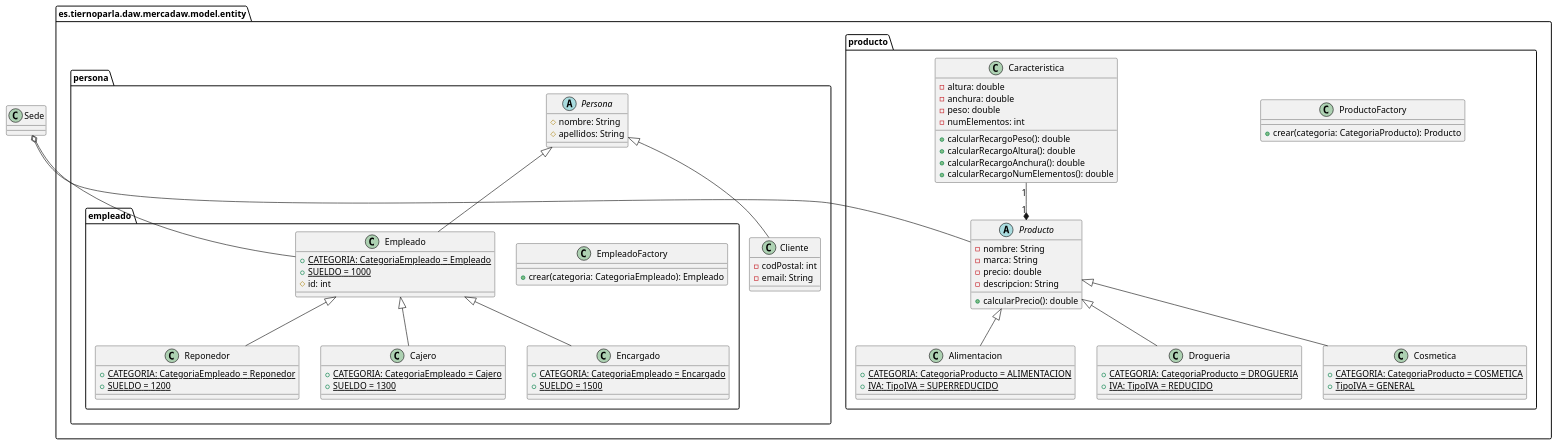
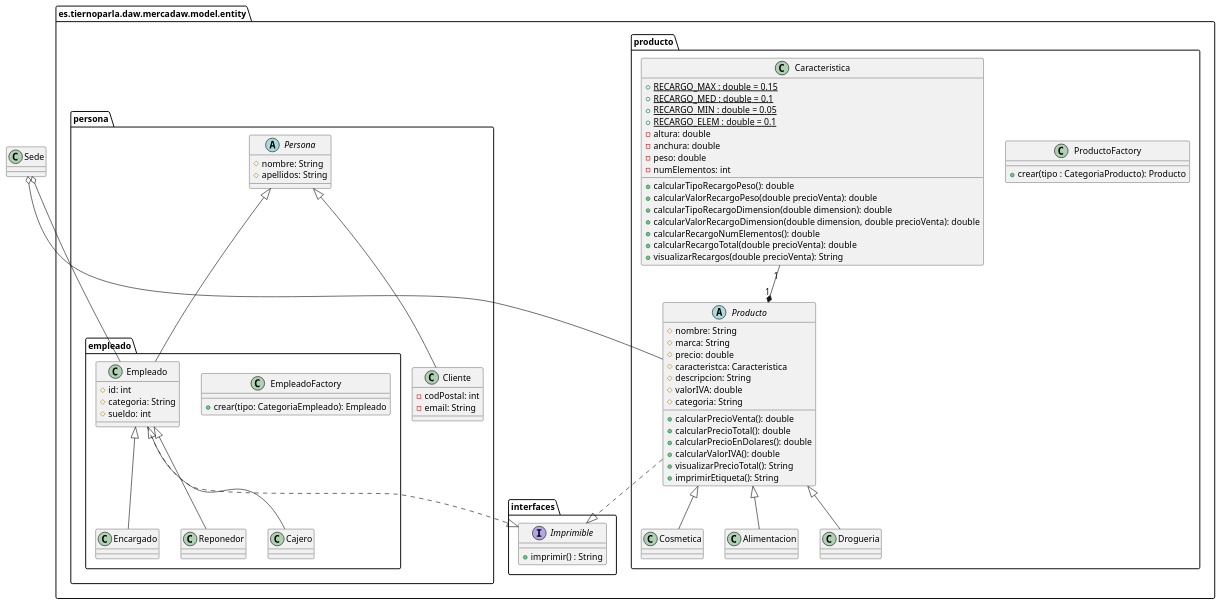
Before and after one commit to adrils16/MercaDawFinal: the diagram in design/Diagramas/Clases/DiagramaClasesEntity.pu, drawn with PlantUML. The commit also changed 8 other files, not shown here.

Commit message:
Terminada clase Empleado y derivadas, modificado el Diagrama de entity

```diff
--- a/design/Diagramas/Clases/DiagramaClasesEntity.pu
+++ b/design/Diagramas/Clases/DiagramaClasesEntity.pu
@@ -1,108 +1,132 @@
 @startuml Entity
 set namespaceSeparator none
 allow_mixing
 
 package es.tiernoparla.daw.mercadaw.model.entity {
 
+    package interfaces {
+
+        interface Imprimible {
+            +imprimir() : String
+        }
+
+    }
+
     package producto {
         class ProductoFactory {
-            +crear(categoria: CategoriaProducto): Producto
+            +crear(tipo : CategoriaProducto): Producto
         }
 
         class Caracteristica {
+            + RECARGO_MAX : double = 0.15 {static}
+            + RECARGO_MED : double = 0.1 {static}
+            + RECARGO_MIN : double = 0.05 {static}
+            + RECARGO_ELEM : double = 0.1 {static}
             -altura: double
             -anchura: double
             -peso: double
             -numElementos: int
 
-            +calcularRecargoPeso(): double
-            +calcularRecargoAltura(): double
-            +calcularRecargoAnchura(): double
+            +calcularTipoRecargoPeso(): double
+            +calcularValorRecargoPeso(double precioVenta): double
+            +calcularTipoRecargoDimension(double dimension): double
+            +calcularValorRecargoDimension(double dimension, double precioVenta): double
             +calcularRecargoNumElementos(): double
+            +calcularRecargoTotal(double precioVenta): double
+            +visualizarRecargos(double precioVenta): String
         }
 
         abstract Producto {
-            -nombre: String
-            -marca: String
-            -precio: double
-            -descripcion: String
+            #nombre: String
+            #marca: String
+            #precio: double
+            #caracteristca: Caracteristica
+            #descripcion: String
+            #valorIVA: double
+            #categoria: String
 
-            +calcularPrecio(): double
+            +calcularPrecioVenta(): double
+            +calcularPrecioTotal(): double
+            +calcularPrecioEnDolares(): double
+            +calcularValorIVA(): double
+            +visualizarPrecioTotal(): String
+            +imprimirEtiqueta(): String
+
         }
+
+        Producto ..|> Imprimible
 
         Caracteristica "1" --*  "1" Producto
 
         class Alimentacion {
-            +{static} CATEGORIA: CategoriaProducto = ALIMENTACION
-            +{static} IVA: TipoIVA = SUPERREDUCIDO
+
         }
 
         class Drogueria {
-            +{static} CATEGORIA: CategoriaProducto = DROGUERIA
-            +{static} IVA: TipoIVA = REDUCIDO
+
         }
 
         class Cosmetica {
-            +{static} CATEGORIA: CategoriaProducto = COSMETICA
-            +{static} TipoIVA = GENERAL
+
         }
 
         Producto <|-- Alimentacion
         Producto <|-- Drogueria
         Producto <|-- Cosmetica
     }
 
     package persona {
 
         abstract Persona {
             #nombre: String
             #apellidos: String
         }
 
         package empleado {
 
             class EmpleadoFactory {
-                +crear(categoria: CategoriaEmpleado): Empleado
+                +crear(tipo: CategoriaEmpleado): Empleado
             }
 
             class Empleado {
-                +{static} CATEGORIA: CategoriaEmpleado = Empleado
-                +{static} SUELDO = 1000
+
                 #id: int
+                #categoria: String
+                #sueldo: int
+
             }
 
+            Empleado ..|> Imprimible
+
             class Reponedor {
-                +{static} CATEGORIA: CategoriaEmpleado = Reponedor
-                +{static} SUELDO = 1200
+                
             }
 
             class Cajero {
-                +{static} CATEGORIA: CategoriaEmpleado = Cajero
-                +{static} SUELDO = 1300
+                
             }
 
             class Encargado {
-                +{static} CATEGORIA: CategoriaEmpleado = Encargado
-                +{static} SUELDO = 1500
+                
             }
 
         }
 
         class Cliente {
             -codPostal: int
             -email: String
         }
 
         Empleado <|-- Reponedor
         Empleado <|-- Cajero
         Empleado <|-- Encargado
 
         Persona <|-- Empleado
         Persona <|-- Cliente
     }
 
 }
 Sede o-- Empleado
 Sede o-- Producto
 
 @enduml
```
